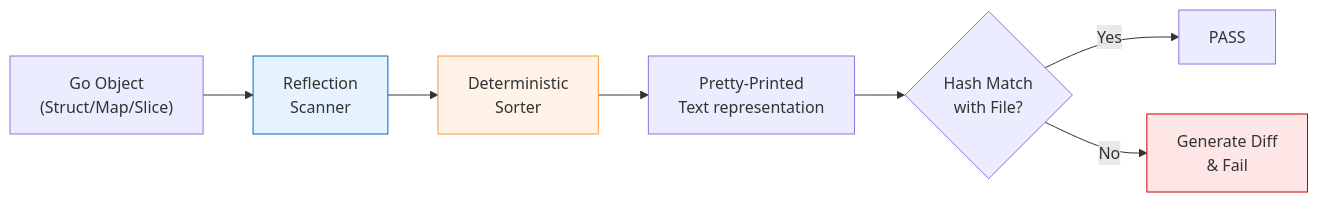
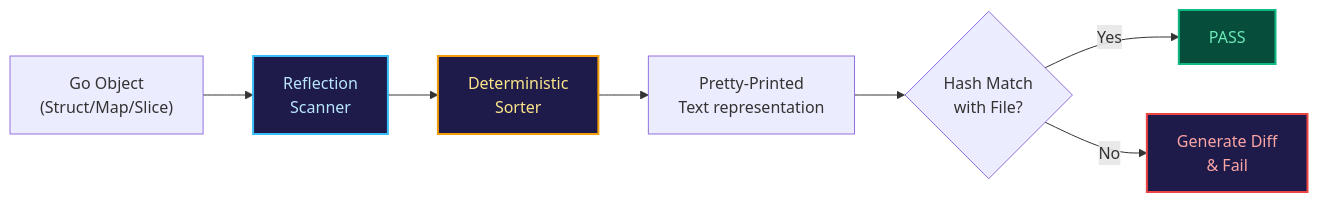
The diagram in sources/15. Тестирование в Go (QA & Testing)/03. Assertions и tooling/5. Snapshot testing.md (UnrealTemplier/go-textbook), drawn with Mermaid before and after one commit. The commit also changed other lines of this file, not shown here.

````diff
--- a/sources/15. Тестирование в Go (QA & Testing)/03. Assertions и tooling/5. Snapshot testing.md
+++ b/sources/15. Тестирование в Go (QA & Testing)/03. Assertions и tooling/5. Snapshot testing.md
@@ -67,13 +80,14 @@
 ```mermaid
 flowchart LR
-    Obj["Go Object<br>(Struct/Map/Slice)"] --> Ref["Reflection <br>Scanner"]
-    Ref --> Sort["Deterministic <br>Sorter"]
-    Sort --> Text["Pretty-Printed <br>Text representation"]
-    Text --> Match{"Hash Match <br>with File?"}
+    Obj["Go Object<br/>(Struct/Map/Slice)"] --> Ref["Reflection<br/>Scanner"]
+    Ref --> Sort["Deterministic<br/>Sorter"]
+    Sort --> Text["Pretty-Printed<br/>Text representation"]
+    Text --> Match{"Hash Match<br/>with File?"}
     Match -->|"Yes"| Pass["PASS"]
-    Match -->|"No"| Diff["Generate Diff <br>& Fail"]
+    Match -->|"No"| Diff["Generate Diff<br/>& Fail"]
     
-    style Ref fill:#e6f3ff,stroke:#0066cc
-    style Sort fill:#fff2e6,stroke:#ff9933
-    style Diff fill:#ffe6e6,stroke:#cc0000
+    style Ref fill:#1e1b4b,stroke:#38bdf8,stroke-width:2px,color:#bae6fd
+    style Sort fill:#1e1b4b,stroke:#f59e0b,stroke-width:2px,color:#fde68a
+    style Diff fill:#1e1b4b,stroke:#ef4444,stroke-width:2px,color:#fca5a5
+    style Pass fill:#064e3b,stroke:#10b981,stroke-width:2px,color:#6ee7b7
 ```
````
